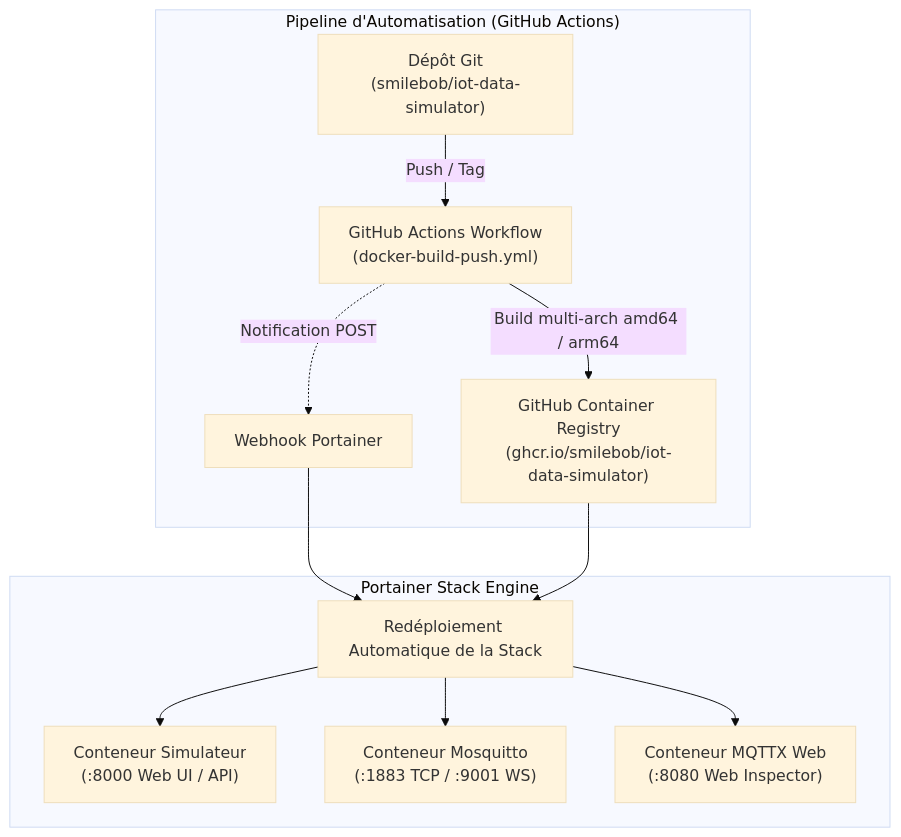
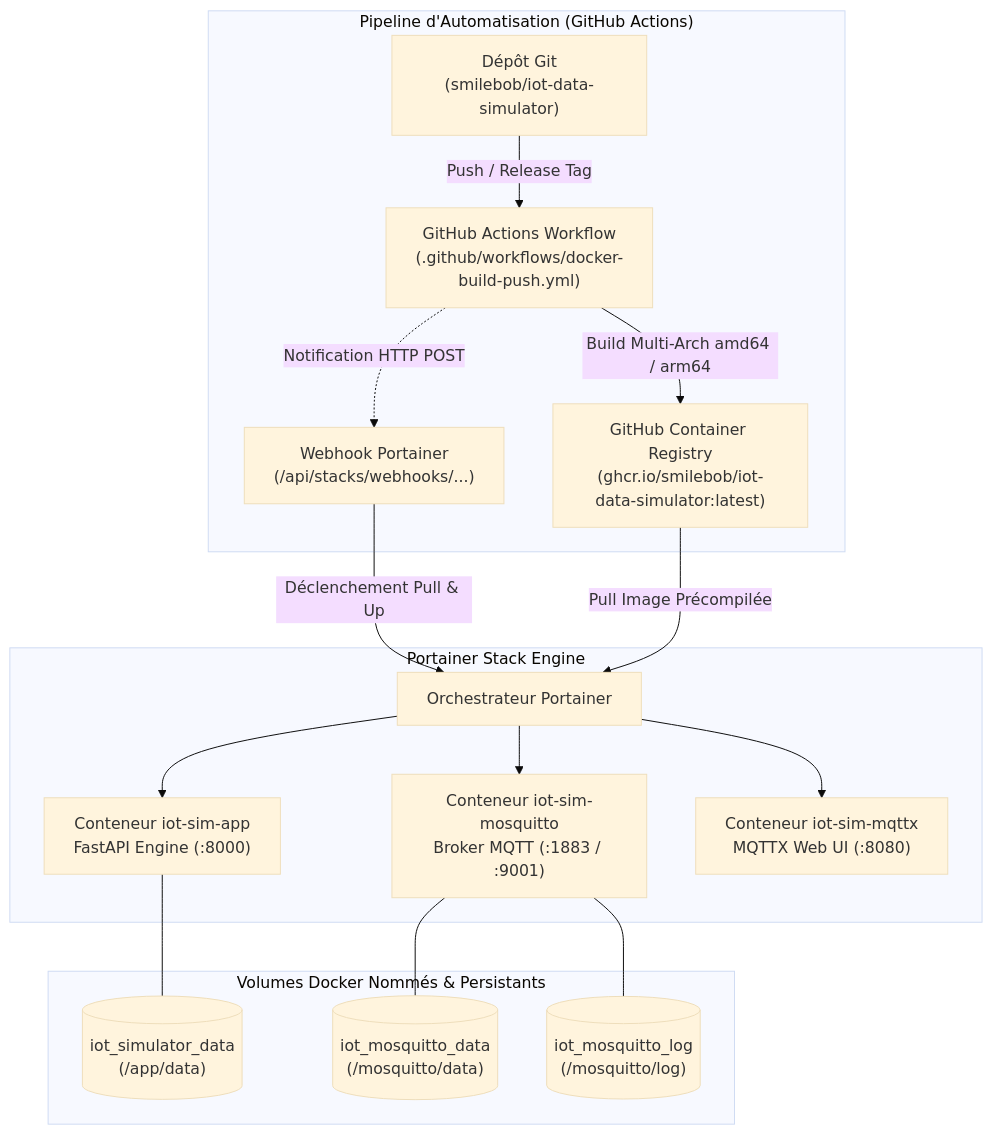
Before and after one commit to smilebob/iot-data-simulator: the diagram in Documentation/devops/portainer_deployment.md, drawn with Mermaid (base theme). The commit also changed other lines of this file and 1 other file, not shown here.

Commit message:
docs(portainer): guide exhaustif pas-à-pas de déploiement Portainer et automatisation CI/CD

````diff
--- a/Documentation/devops/portainer_deployment.md
+++ b/Documentation/devops/portainer_deployment.md
@@ -13,16 +14,22 @@
 ```mermaid
 flowchart TD
     subgraph CI["Pipeline d'Automatisation (GitHub Actions)"]
-        GIT["Dépôt Git\n(smilebob/iot-data-simulator)"] -->|Push / Tag| GHA["GitHub Actions Workflow\n(docker-build-push.yml)"]
-        GHA -->|Build multi-arch amd64 / arm64| GHCR["GitHub Container Registry\n(ghcr.io/smilebob/iot-data-simulator)"]
-        GHA -.->|Notification POST| WH["Webhook Portainer"]
+        GIT["Dépôt Git\n(smilebob/iot-data-simulator)"] -->|Push / Release Tag| GHA["GitHub Actions Workflow\n(.github/workflows/docker-build-push.yml)"]
+        GHA -->|Build Multi-Arch amd64 / arm64| GHCR["GitHub Container Registry\n(ghcr.io/smilebob/iot-data-simulator:latest)"]
+        GHA -.->|Notification HTTP POST| WH["Webhook Portainer\n(/api/stacks/webhooks/...)"]
     end
 
     subgraph Portainer["Portainer Stack Engine"]
-        WH --> DEPLOY["Redéploiement Automatique de la Stack"]
-        GHCR --> DEPLOY
-        DEPLOY --> C1["Conteneur Simulateur\n(:8000 Web UI / API)"]
-        DEPLOY --> C2["Conteneur Mosquitto\n(:1883 TCP / :9001 WS)"]
-        DEPLOY --> C3["Conteneur MQTTX Web\n(:8080 Web Inspector)"]
+        WH -->|Déclenchement Pull & Up| ENGINE["Orchestrateur Portainer"]
+        GHCR -->|Pull Image Précompilée| ENGINE
+        ENGINE --> C1["Conteneur iot-sim-app\nFastAPI Engine (:8000)"]
+        ENGINE --> C2["Conteneur iot-sim-mosquitto\nBroker MQTT (:1883 / :9001)"]
+        ENGINE --> C3["Conteneur iot-sim-mqttx\nMQTTX Web UI (:8080)"]
+    end
+
+    subgraph Storage["Volumes Docker Nommés & Persistants"]
+        C1 --- V1[("iot_simulator_data\n(/app/data)")]
+        C2 --- V2[("iot_mosquitto_data\n(/mosquitto/data)")]
+        C2 --- V3[("iot_mosquitto_log\n(/mosquitto/log)")]
     end
 ```
````
